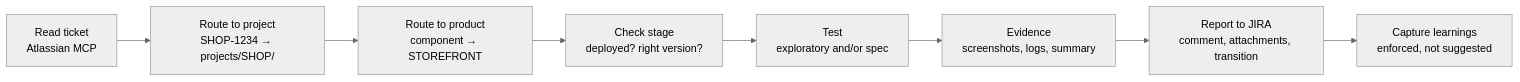
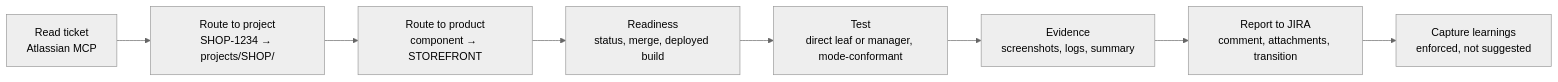
The diagram in README.md (Sn4kyGit/qa-agent-blueprint), drawn with Mermaid (neutral theme) before and after one commit. The commit also changed other lines of this file and 127 other files, not shown here.

````diff
--- a/README.md
+++ b/README.md
@@ -36,10 +36,10 @@
 ```mermaid
 flowchart LR
   A["Read ticket<br/>Atlassian MCP"] --> B["Route to project<br/>SHOP-1234 → projects/SHOP/"]
   B --> C["Route to product<br/>component → STOREFRONT"]
-  C --> D["Check stage<br/>deployed? right version?"]
-  D --> E["Test<br/>exploratory and/or spec"]
+  C --> D["Readiness<br/>status, merge, deployed build"]
+  D --> E["Test<br/>direct leaf or manager, mode-conformant"]
   E --> F["Evidence<br/>screenshots, logs, summary"]
   F --> G["Report to JIRA<br/>comment, attachments, transition"]
   G --> H["Capture learnings<br/>enforced, not suggested"]
 ```
````
